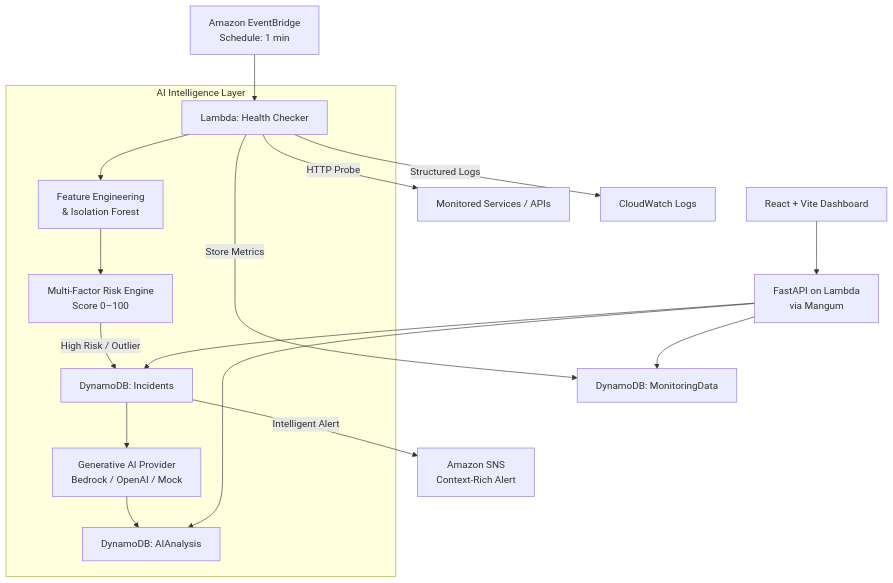
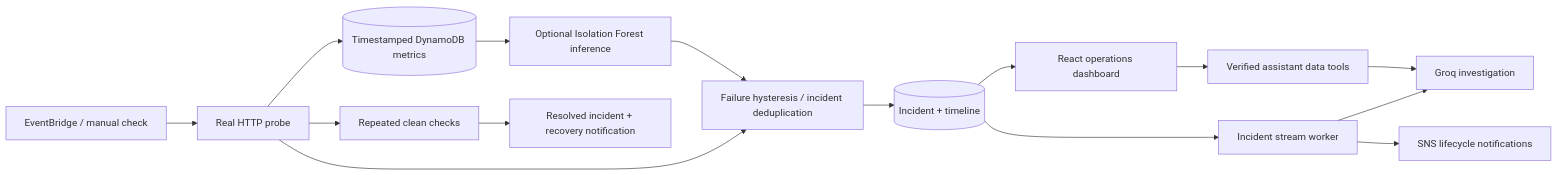
Before and after one commit to dinu-vishruth/AI-Serverless-Monitoring-System: the diagram in README.md, drawn with Mermaid. The commit also changed other lines of this file and 89 other files, not shown here.

Commit message:
Complete serverless incident monitoring and document project workflows

````diff
--- a/README.md
+++ b/README.md
@@ -16,21 +9,17 @@
 ```mermaid
-graph TD
-    EB[Amazon EventBridge\nSchedule: 1 min] --> HC[Lambda: Health Checker]
-    HC -->|HTTP Probe| EXT[Monitored Services / APIs]
-    HC -->|Store Metrics| DDB_M[DynamoDB: MonitoringData]
-    HC -->|Structured Logs| CW[CloudWatch Logs]
-    
-    subgraph "AI Intelligence Layer"
-        HC --> ML_P[Feature Engineering\n& Isolation Forest]
-        ML_P --> RA[Multi-Factor Risk Engine\nScore 0–100]
-        RA -->|High Risk / Outlier| INC[DynamoDB: Incidents]
-        INC --> GAI[Generative AI Provider\nBedrock / OpenAI / Mock]
-        GAI --> AIDB[DynamoDB: AIAnalysis]
-    end
-
-    INC -->|Intelligent Alert| SNS[Amazon SNS\nContext-Rich Alert]
-    DASH[React + Vite Dashboard] --> API[FastAPI on Lambda\nvia Mangum]
-    API --> DDB_M
-    API --> INC
-    API --> AIDB
+flowchart LR
+  Schedule[EventBridge / manual check] --> Probe[Real HTTP probe]
+  Probe --> Metrics[(Timestamped DynamoDB metrics)]
+  Metrics --> ML[Optional Isolation Forest inference]
+  Probe --> Lifecycle[Failure hysteresis / incident deduplication]
+  ML --> Lifecycle
+  Lifecycle --> Incident[(Incident + timeline)]
+  Incident --> Worker[Incident stream worker]
+  Worker --> Groq[Groq investigation]
+  Worker --> SNS[SNS lifecycle notifications]
+  Incident --> UI[React operations dashboard]
+  UI --> Tools[Verified assistant data tools]
+  Tools --> Groq
+  Probe --> Recovery[Repeated clean checks]
+  Recovery --> Resolved[Resolved incident + recovery notification]
 ```
````
